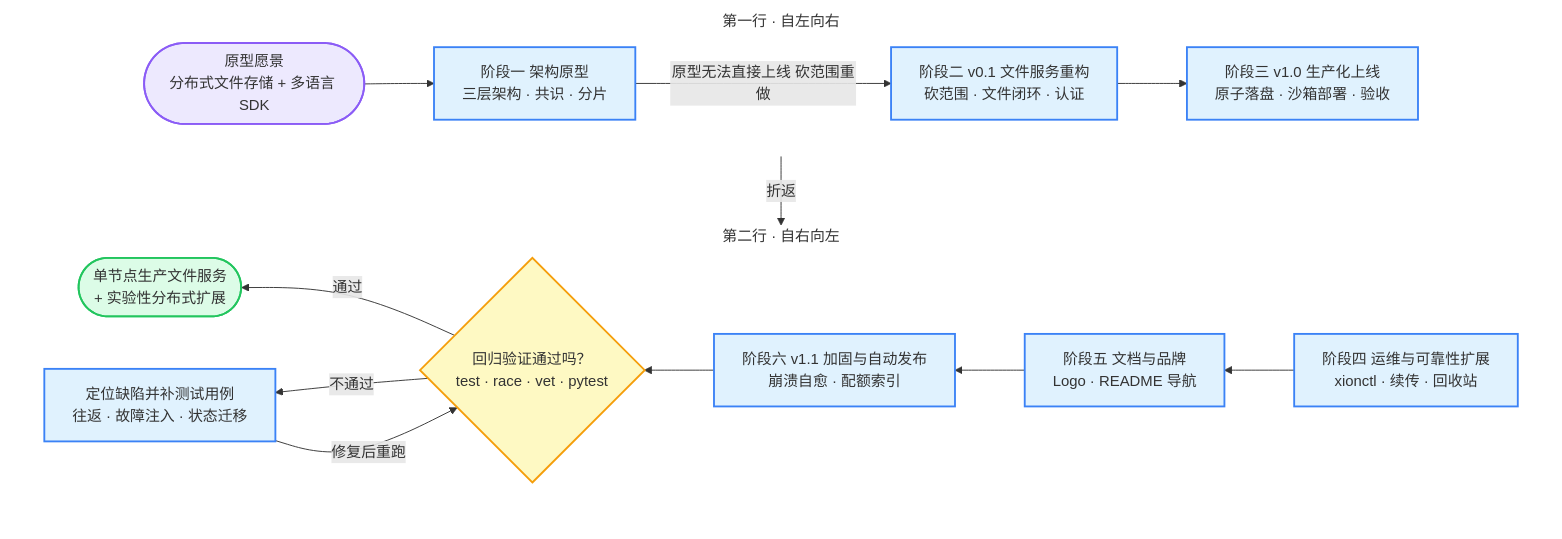
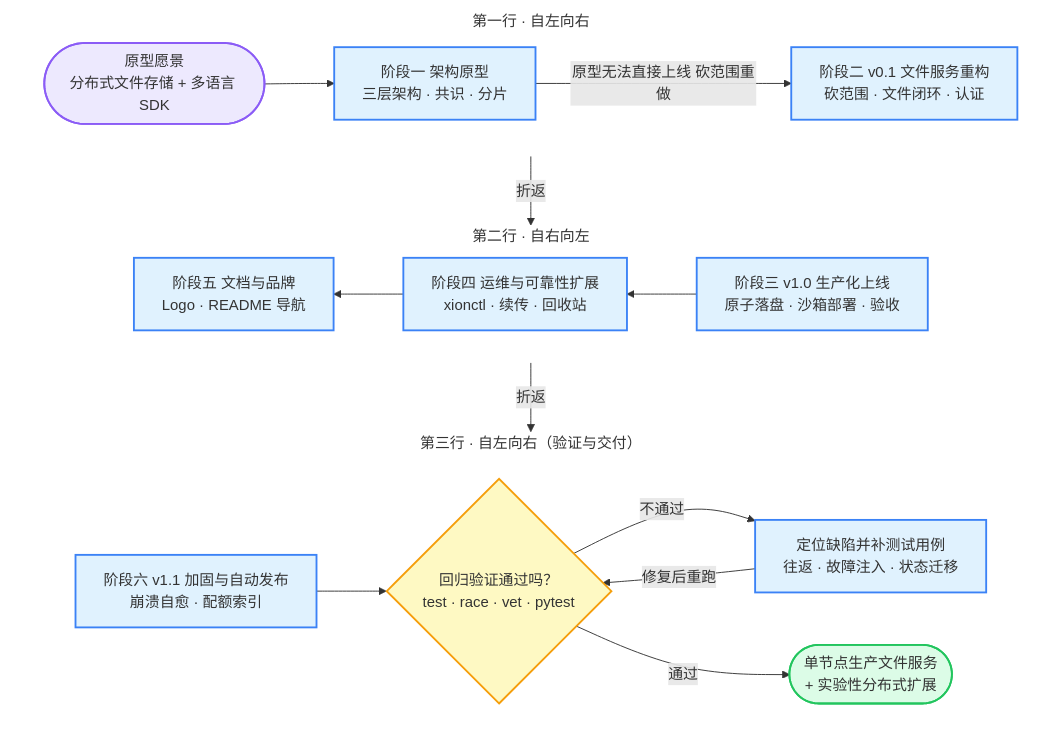
Before and after one commit to Kylinlixd/AstraStoreXion: the third of 3 diagrams in 开发指南.md, drawn with Mermaid. The commit also changed other lines of this file, not shown here.

Commit message:
docs: 流程图改为三行回行，验证与交付独立成行、上下对齐

````diff
--- a/开发指南.md
+++ b/开发指南.md
@@ -77,38 +77,43 @@
 ```mermaid
 graph TB
     classDef startend fill:#EDE9FE,stroke:#8B5CF6,stroke-width:2px
     classDef process fill:#E0F2FE,stroke:#3B82F6,stroke-width:2px
     classDef decision fill:#FEF9C3,stroke:#F59E0B,stroke-width:2px
     classDef result fill:#DCFCE7,stroke:#22C55E,stroke-width:2px
 
     subgraph ROW1["第一行 · 自左向右"]
         direction LR
         A(["原型愿景<br/>分布式文件存储 + 多语言 SDK"]):::startend
         B["阶段一 架构原型<br/>三层架构 · 共识 · 分片"]:::process
         D["阶段二 v0.1 文件服务重构<br/>砍范围 · 文件闭环 · 认证"]:::process
-        E["阶段三 v1.0 生产化上线<br/>原子落盘 · 沙箱部署 · 验收"]:::process
         A --> B
         B -->|原型无法直接上线 砍范围重做| D
-        D --> E
     end
 
     subgraph ROW2["第二行 · 自右向左"]
         direction RL
+        E["阶段三 v1.0 生产化上线<br/>原子落盘 · 沙箱部署 · 验收"]:::process
         F["阶段四 运维与可靠性扩展<br/>xionctl · 续传 · 回收站"]:::process
         G["阶段五 文档与品牌<br/>Logo · README 导航"]:::process
+        E --> F
+        F --> G
+    end
+
+    subgraph ROW3["第三行 · 自左向右（验证与交付）"]
+        direction LR
         H["阶段六 v1.1 加固与自动发布<br/>崩溃自愈 · 配额索引"]:::process
         I{"回归验证通过吗？<br/>test · race · vet · pytest"}:::decision
         J["定位缺陷并补测试用例<br/>往返 · 故障注入 · 状态迁移"]:::process
         K(["单节点生产文件服务<br/>+ 实验性分布式扩展"]):::result
-        F --> G
-        G --> H
         H --> I
-        I -->|通过| K
         I -->|不通过| J
         J -->|修复后重跑| I
+        I -->|通过| K
     end
 
     ROW1 -->|折返| ROW2
+    ROW2 -->|折返| ROW3
     style ROW1 fill:none,stroke:none
     style ROW2 fill:none,stroke:none
+    style ROW3 fill:none,stroke:none
 ```
````
